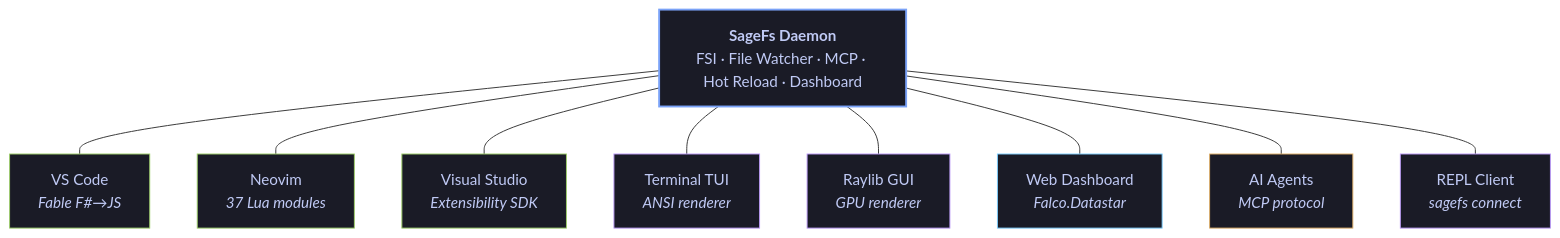
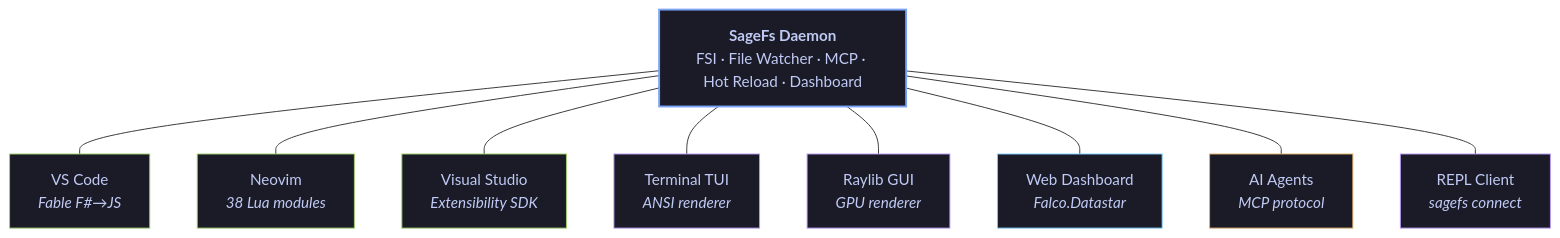
Before and after one commit to WillEhrendreich/SageFs: the first of 2 diagrams in Readme.md, drawn with Mermaid. The commit also changed other lines of this file and 5 other files, not shown here.

````diff
--- a/Readme.md
+++ b/Readme.md
@@ -85,23 +85,23 @@
 ```mermaid
 graph TB
     D["<b>SageFs Daemon</b><br/>FSI · File Watcher · MCP · Hot Reload · Dashboard"]
 
     D --- VS["VS Code<br/><i>Fable F#→JS</i>"]
-    D --- NV["Neovim<br/><i>37 Lua modules</i>"]
+    D --- NV["Neovim<br/><i>38 Lua modules</i>"]
     D --- VI["Visual Studio<br/><i>Extensibility SDK</i>"]
     D --- TU["Terminal TUI<br/><i>ANSI renderer</i>"]
     D --- GU["Raylib GUI<br/><i>GPU renderer</i>"]
     D --- WB["Web Dashboard<br/><i>Falco.Datastar</i>"]
     D --- AI["AI Agents<br/><i>MCP protocol</i>"]
     D --- RP["REPL Client<br/><i>sagefs connect</i>"]
 
     style D fill:#1a1b26,stroke:#7aa2f7,stroke-width:2px,color:#c0caf5
     style VS fill:#1a1b26,stroke:#9ece6a,color:#c0caf5
     style NV fill:#1a1b26,stroke:#9ece6a,color:#c0caf5
     style VI fill:#1a1b26,stroke:#9ece6a,color:#c0caf5
     style TU fill:#1a1b26,stroke:#bb9af7,color:#c0caf5
     style GU fill:#1a1b26,stroke:#bb9af7,color:#c0caf5
     style WB fill:#1a1b26,stroke:#7dcfff,color:#c0caf5
     style AI fill:#1a1b26,stroke:#e0af68,color:#c0caf5
     style RP fill:#1a1b26,stroke:#bb9af7,color:#c0caf5
 ```
````
